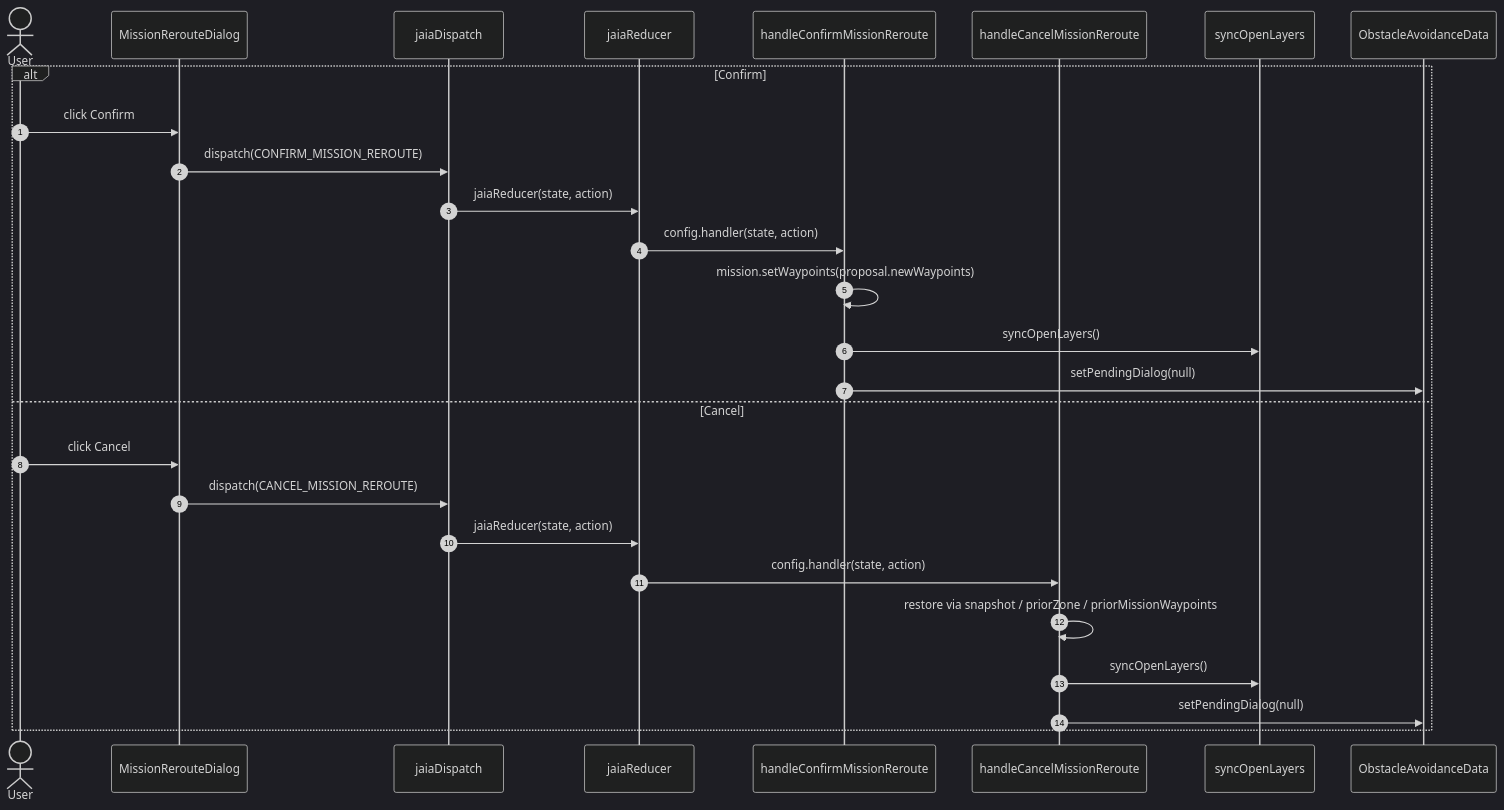
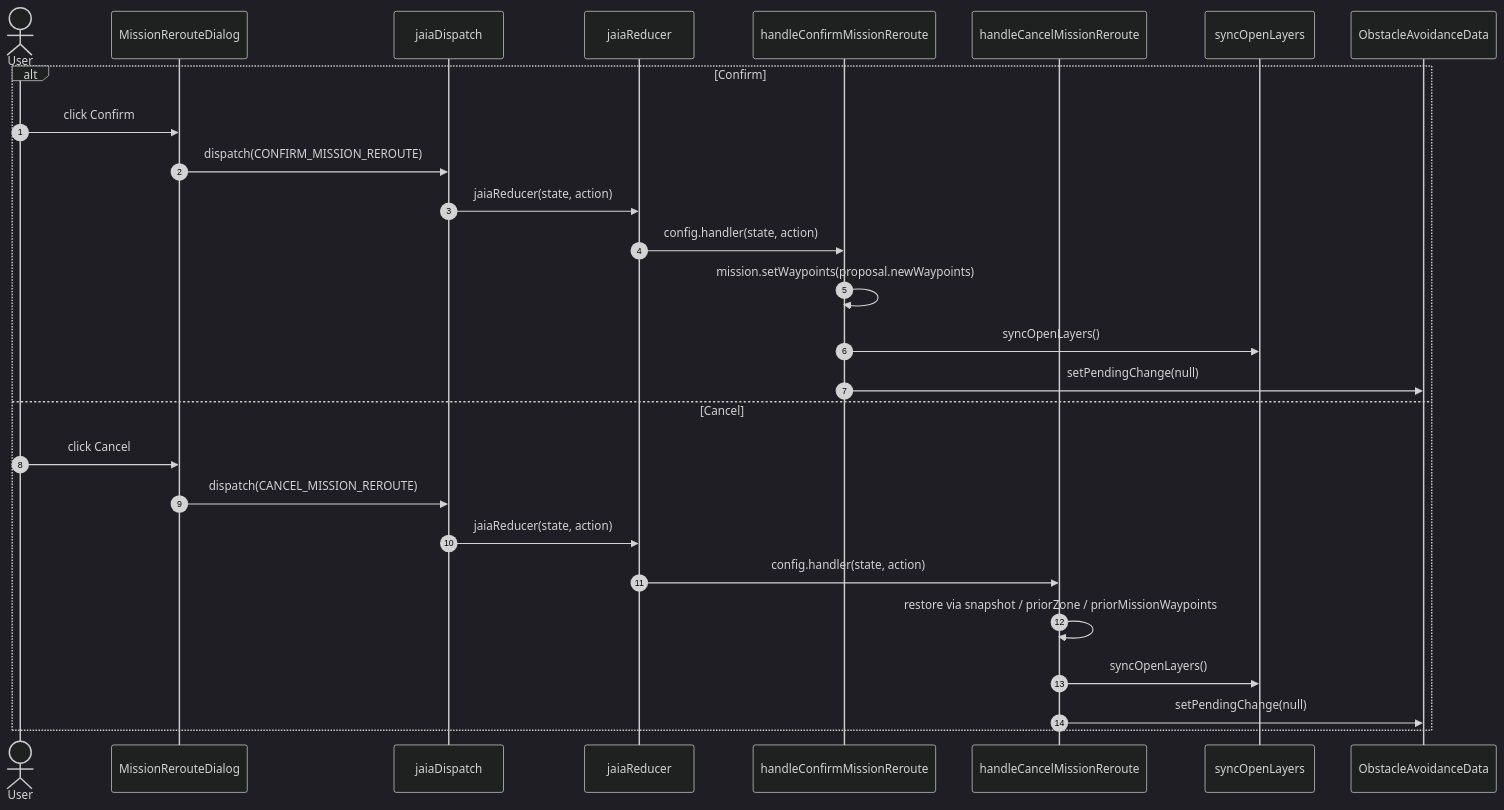
Before and after one commit to jaiarobotics/jaiabot: the third of 3 diagrams in src/web/components/ObstacleAvoidanceDialogs/docs/EVENT_STREAMS.md, drawn with Mermaid (dark theme). The commit also changed other lines of this file and 2 other files, not shown here.

Commit message:
simplify pending change type, update sequence diagrams

````diff
--- a/src/web/components/ObstacleAvoidanceDialogs/docs/EVENT_STREAMS.md
+++ b/src/web/components/ObstacleAvoidanceDialogs/docs/EVENT_STREAMS.md
@@ -150,30 +150,30 @@
 ```mermaid
 sequenceDiagram
     autonumber
     actor U as User
     participant Dialog as MissionRerouteDialog
     participant Ctx as jaiaDispatch
     participant Reducer as jaiaReducer
     participant ConfirmH as handleConfirmMissionReroute
     participant CancelH as handleCancelMissionReroute
     participant Utils as syncOpenLayers
     participant Data as ObstacleAvoidanceData
 
     alt Confirm
         U->>Dialog: click Confirm
         Dialog->>Ctx: dispatch(CONFIRM_MISSION_REROUTE)
         Ctx->>Reducer: jaiaReducer(state, action)
         Reducer->>ConfirmH: config.handler(state, action)
         ConfirmH->>ConfirmH: mission.setWaypoints(proposal.newWaypoints)
         ConfirmH->>Utils: syncOpenLayers()
-        ConfirmH->>Data: setPendingDialog(null)
+        ConfirmH->>Data: setPendingChange(null)
     else Cancel
         U->>Dialog: click Cancel
         Dialog->>Ctx: dispatch(CANCEL_MISSION_REROUTE)
         Ctx->>Reducer: jaiaReducer(state, action)
         Reducer->>CancelH: config.handler(state, action)
         CancelH->>CancelH: restore via snapshot / priorZone / priorMissionWaypoints
         CancelH->>Utils: syncOpenLayers()
-        CancelH->>Data: setPendingDialog(null)
+        CancelH->>Data: setPendingChange(null)
     end
 ```
````
